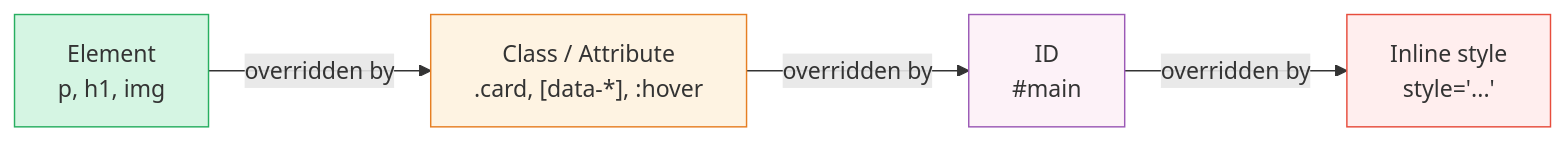
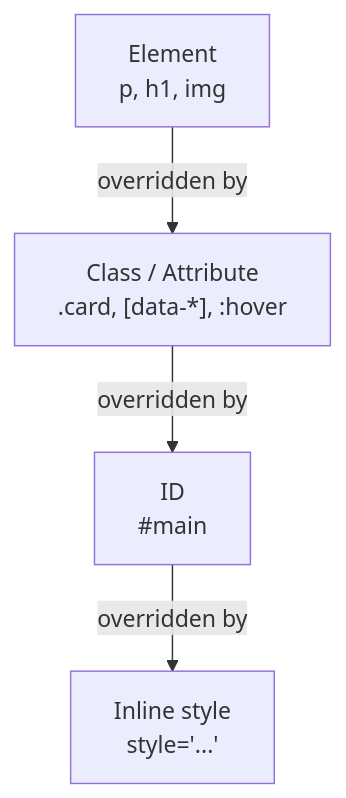
Before and after one commit to Kaleidosium/modern-html-and-css-for-artists: the diagram in ch10-how-css-works.md, drawn with Mermaid. The commit also changed 10 other files, not shown here.

Commit message:
feat: enhance Mermaid diagram with theming improvements

````diff
--- a/ch10-how-css-works.md
+++ b/ch10-how-css-works.md
@@ -237,14 +237,14 @@
 ```mermaid
-graph LR
+graph TD
     E["Element<br/>p, h1, img"]
     C["Class / Attribute<br/>.card, [data-*], :hover"]
     I["ID<br/>#main"]
     IN["Inline style<br/>style='...'"]
 
     E -->|"overridden by"| C -->|"overridden by"| I -->|"overridden by"| IN
 
-    style E fill:#d5f5e3,stroke:#27ae60
-    style C fill:#fef3e2,stroke:#e67e22
-    style I fill:#fdf2f8,stroke:#9b59b6
-    style IN fill:#fee,stroke:#e74c3c
+    class E libdoc-mermaid-success
+    class C libdoc-mermaid-warning
+    class I libdoc-mermaid-accent
+    class IN libdoc-mermaid-danger
 ```
````
